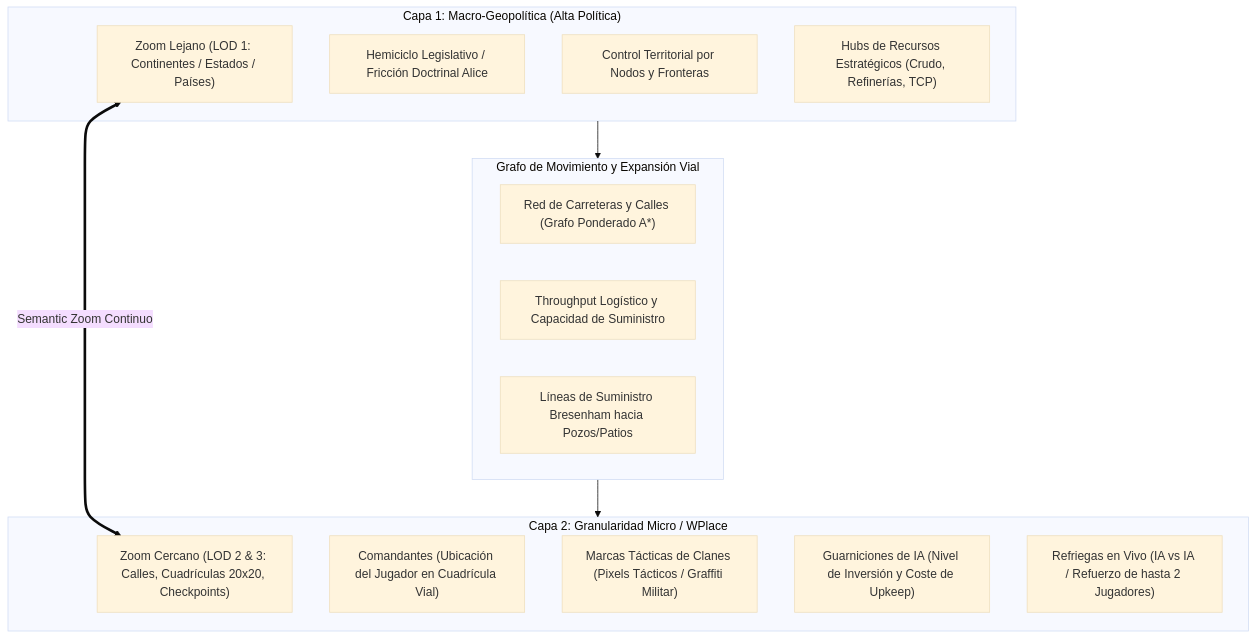
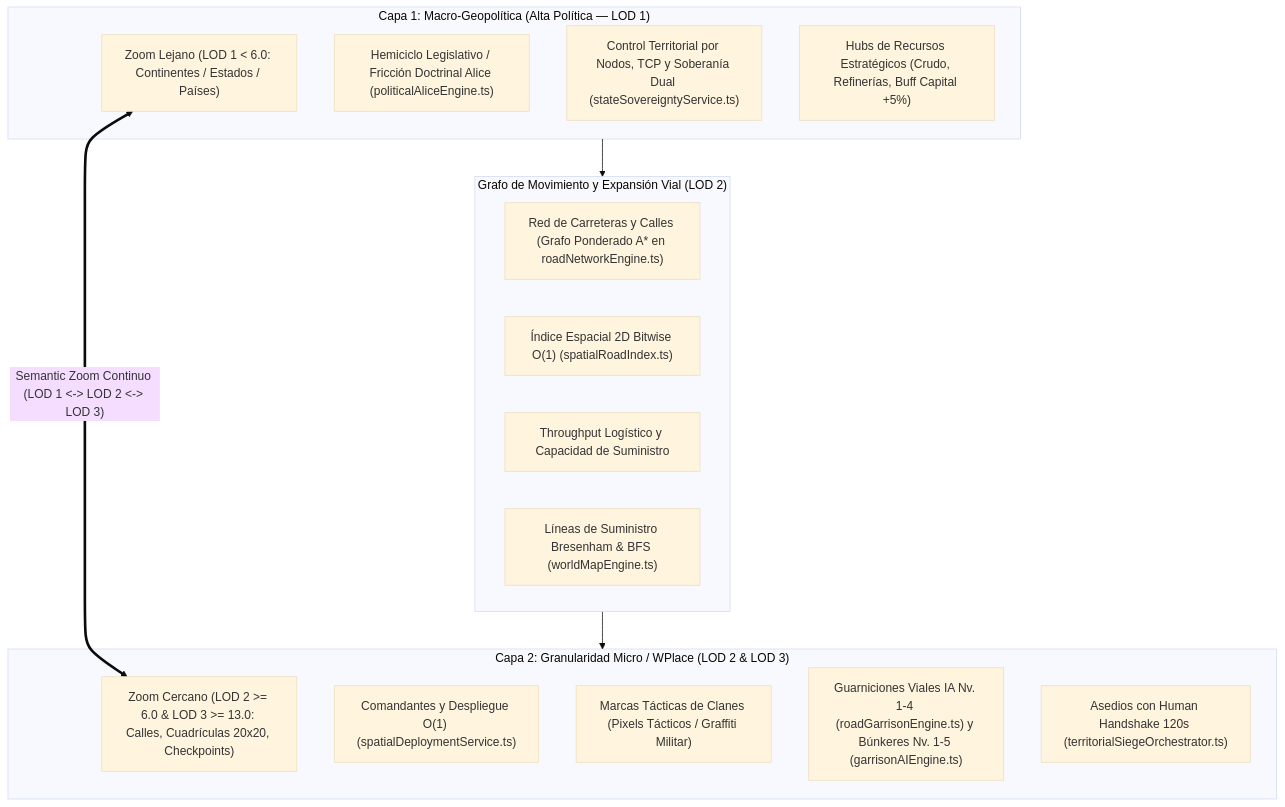
Before and after one commit to davikisea/GEOTACTICS-ONLINE: the first of 8 diagrams in docs/ANALISIS_PROJECT_ALICE_RUTAS_INGENIERIA_MAPA_METAPOLITICA.md, drawn with Mermaid (base theme). The commit also changed other lines of this file and 352 other files, not shown here.

Commit message:
feat(architecture): migración modular a 4 dominios (@domains/*), consolidación de base de datos y sincronización de suites deterministas

````diff
--- a/docs/ANALISIS_PROJECT_ALICE_RUTAS_INGENIERIA_MAPA_METAPOLITICA.md
+++ b/docs/ANALISIS_PROJECT_ALICE_RUTAS_INGENIERIA_MAPA_METAPOLITICA.md
@@ -31,27 +32,28 @@
 ```mermaid
 flowchart TD
-    subgraph Metapolitica ["Capa 1: Macro-Geopolítica (Alta Política)"]
-        ZoomOut["Zoom Lejano (LOD 1: Continentes / Estados / Países)"]
-        Asamblea["Hemiciclo Legislativo / Fricción Doctrinal Alice"]
-        Soberania["Control Territorial por Nodos y Fronteras"]
-        RecursosMacro["Hubs de Recursos Estratégicos (Crudo, Refinerías, TCP)"]
+    subgraph Metapolitica ["Capa 1: Macro-Geopolítica (Alta Política — LOD 1)"]
+        ZoomOut["Zoom Lejano (LOD 1 < 6.0: Continentes / Estados / Países)"]
+        Asamblea["Hemiciclo Legislativo / Fricción Doctrinal Alice (politicalAliceEngine.ts)"]
+        Soberania["Control Territorial por Nodos, TCP y Soberanía Dual (stateSovereigntyService.ts)"]
+        RecursosMacro["Hubs de Recursos Estratégicos (Crudo, Refinerías, Buff Capital +5%)"]
     end
 
-    subgraph LogisticaVial ["Grafo de Movimiento y Expansión Vial"]
-        Carreteras["Red de Carreteras y Calles (Grafo Ponderado A*)"]
+    subgraph LogisticaVial ["Grafo de Movimiento y Expansión Vial (LOD 2)"]
+        Carreteras["Red de Carreteras y Calles (Grafo Ponderado A* en roadNetworkEngine.ts)"]
+        IndiceEspacial["Índice Espacial 2D Bitwise O(1) (spatialRoadIndex.ts)"]
         Throughput["Throughput Logístico y Capacidad de Suministro"]
-        LineasSuministro["Líneas de Suministro Bresenham hacia Pozos/Patios"]
+        LineasSuministro["Líneas de Suministro Bresenham & BFS (worldMapEngine.ts)"]
     end
 
-    subgraph MicroOpenPlace ["Capa 2: Granularidad Micro / WPlace"]
-        ZoomIn["Zoom Cercano (LOD 2 & 3: Calles, Cuadrículas 20x20, Checkpoints)"]
-        Comandantes["Comandantes (Ubicación del Jugador en Cuadrícula Vial)"]
+    subgraph MicroOpenPlace ["Capa 2: Granularidad Micro / WPlace (LOD 2 & LOD 3)"]
+        ZoomIn["Zoom Cercano (LOD 2 >= 6.0 & LOD 3 >= 13.0: Calles, Cuadrículas 20x20, Checkpoints)"]
+        Comandantes["Comandantes y Despliegue O(1) (spatialDeploymentService.ts)"]
         Marcas["Marcas Tácticas de Clanes (Pixels Tácticos / Graffiti Militar)"]
-        GuarnicionesIA["Guarniciones de IA (Nivel de Inversión y Coste de Upkeep)"]
-        BatallasEnVivo["Refriegas en Vivo (IA vs IA / Refuerzo de hasta 2 Jugadores)"]
+        GuarnicionesIA["Guarniciones Viales IA Nv. 1-4 (roadGarrisonEngine.ts) y Búnkeres Nv. 1-5 (garrisonAIEngine.ts)"]
+        BatallasEnVivo["Asedios con Human Handshake 120s (territorialSiegeOrchestrator.ts)"]
     end
 
-    ZoomOut <==>|"Semantic Zoom Continuo"| ZoomIn
+    ZoomOut <==>|"Semantic Zoom Continuo (LOD 1 <-> LOD 2 <-> LOD 3)"| ZoomIn
     Metapolitica --> LogisticaVial
     LogisticaVial --> MicroOpenPlace
 ```
````
